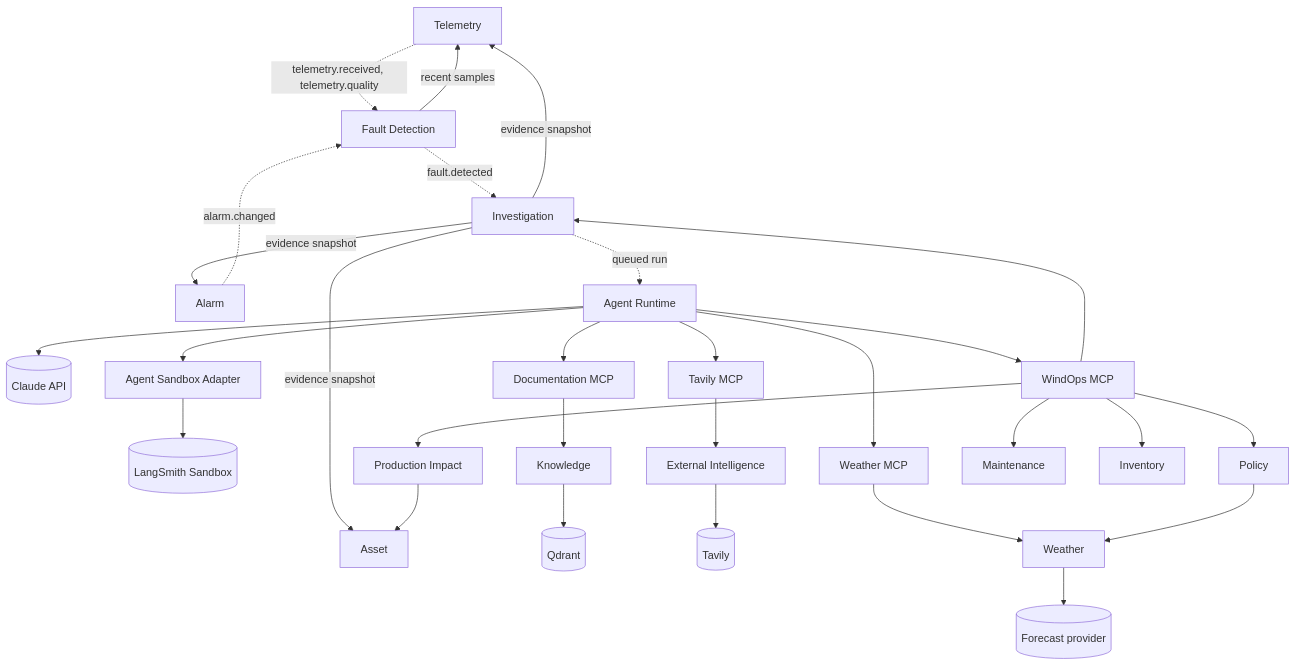
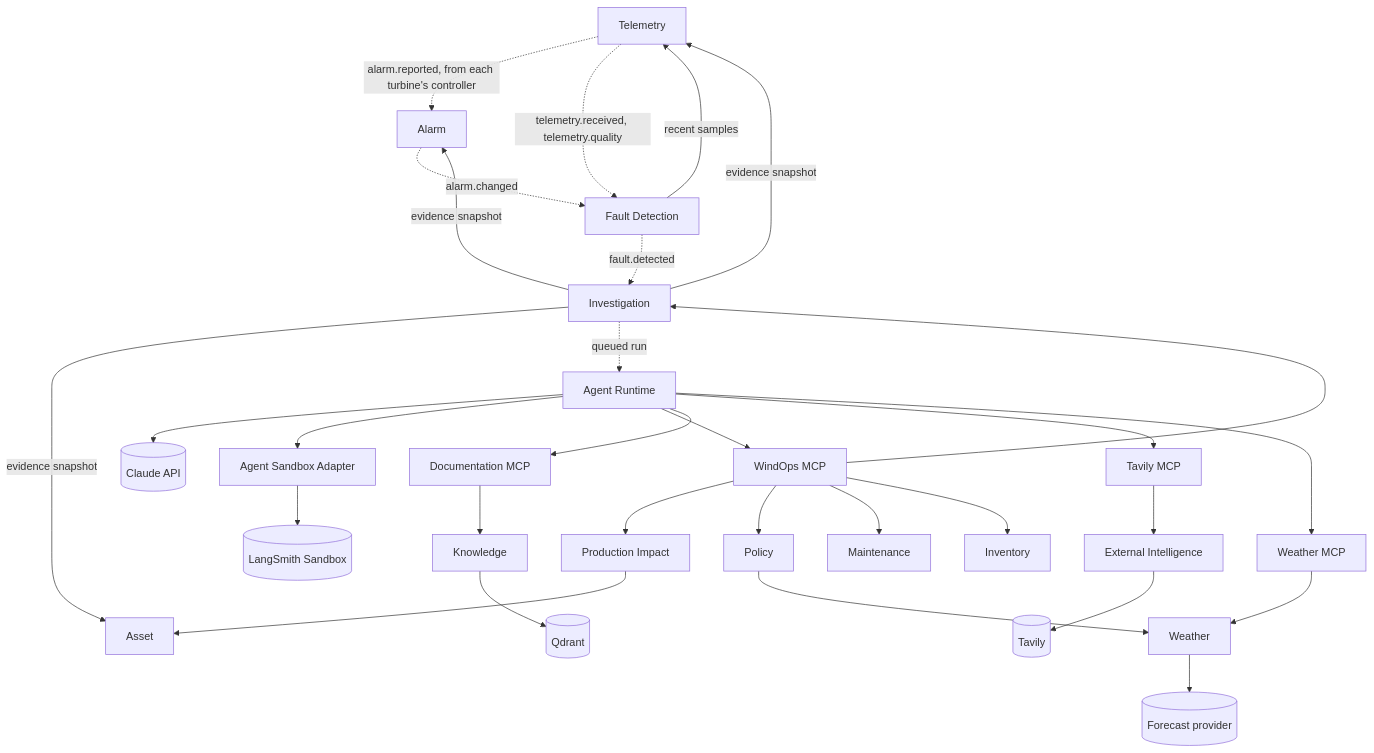
One commit to wasif1024/windops-ai changed the second of 5 diagrams in docs/service-map.md. Above: the diagram before and after it, drawn with Mermaid. The commit also changed other lines of this file and 67 other files, not shown here.

First line of the commit message:
feat(alarm): add the Alarm Service, with controller alarms (M5.1) (#95)

````diff
--- a/docs/service-map.md
+++ b/docs/service-map.md
@@ -54,31 +54,32 @@
 ```mermaid
 flowchart TB
+    Telemetry -.->|alarm.reported, from each turbine's controller| Alarm
     Telemetry -.->|telemetry.received, telemetry.quality| Fault["Fault Detection"]
     Alarm -.->|alarm.changed| Fault
     Fault -->|recent samples| Telemetry
     Fault -.->|fault.detected| Investigation
     Investigation -->|evidence snapshot| Telemetry
     Investigation -->|evidence snapshot| Alarm
     Investigation -->|evidence snapshot| Asset
     Investigation -.->|queued run| Runtime["Agent Runtime"]
     Runtime --> Claude[("Claude API")]
     Runtime --> Sandbox["Agent Sandbox Adapter"]
     Sandbox --> LangSmith[("LangSmith Sandbox")]
     Runtime --> Core["WindOps MCP"]
     Runtime --> Docs["Documentation MCP"]
     Runtime --> TavilyMCP["Tavily MCP"]
     Runtime --> WeatherMCP["Weather MCP"]
     Docs --> Knowledge
     Knowledge --> Qdrant[("Qdrant")]
     TavilyMCP --> External["External Intelligence"]
     External --> Tavily[("Tavily")]
     WeatherMCP --> Weather
     Weather --> Forecast[("Forecast provider")]
     Core --> Impact["Production Impact"]
     Core --> Policy
     Core --> Maintenance
     Core --> Inventory
     Core --> Investigation
     Policy --> Weather
     Impact --> Asset
 ```
````
